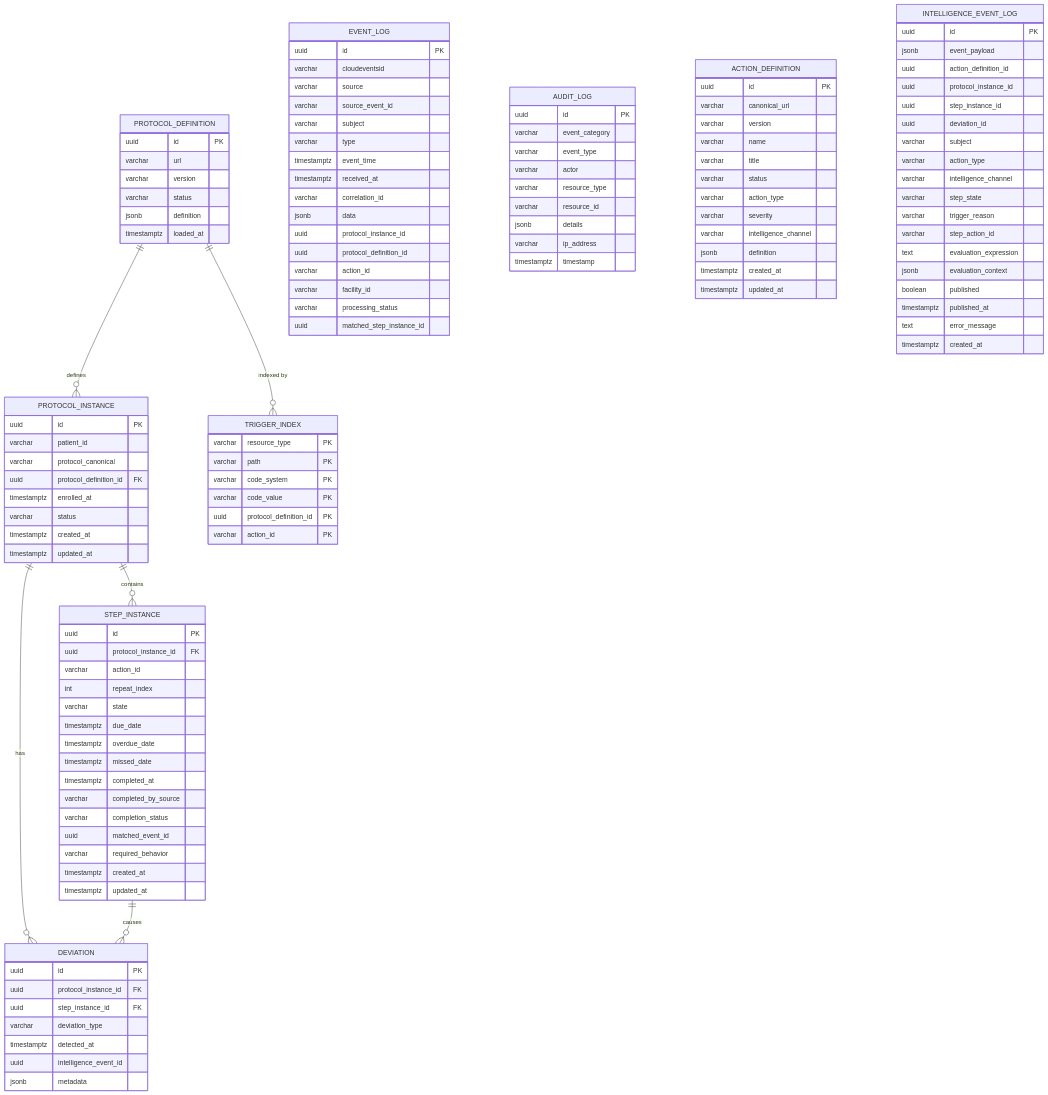
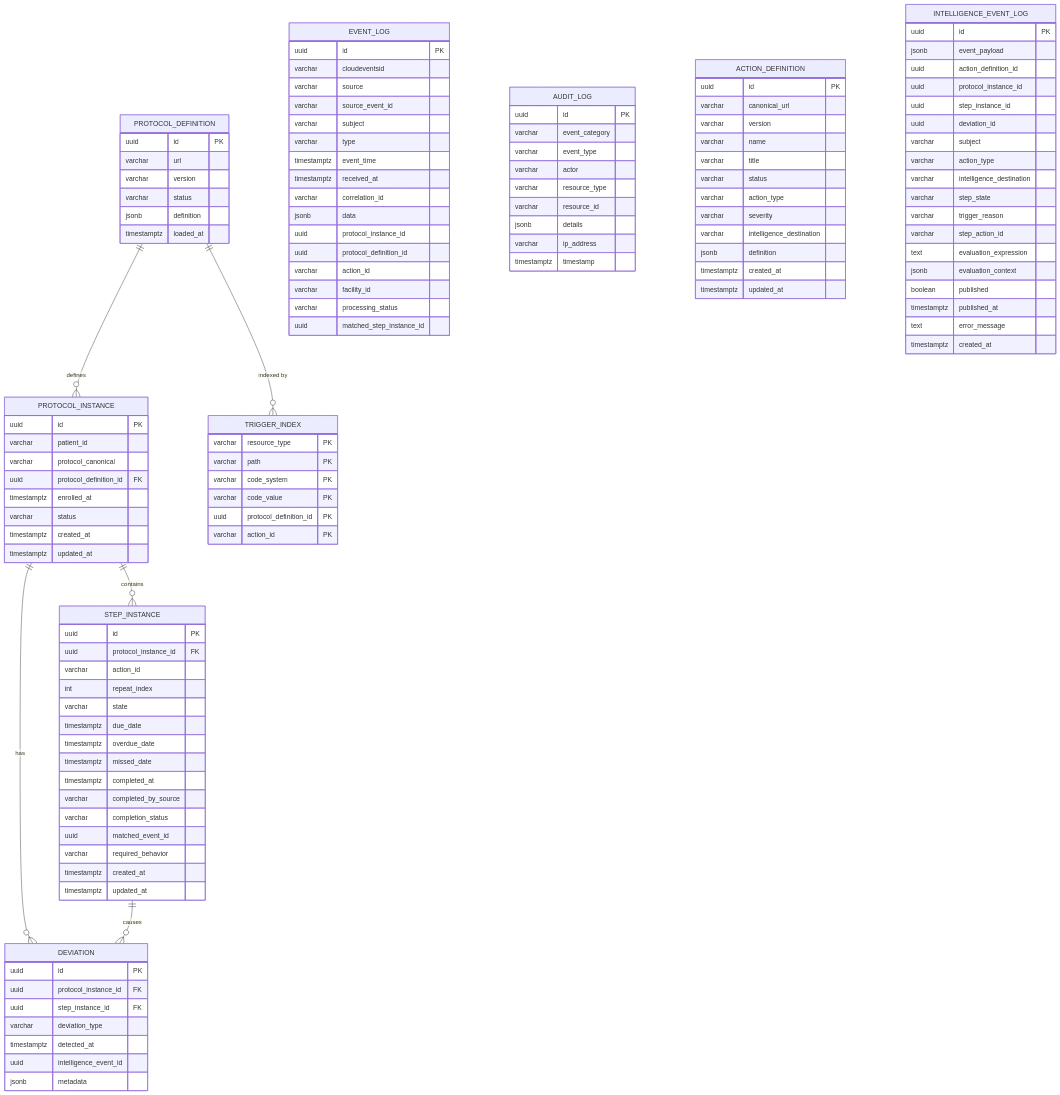
Before and after one commit to Jayaprakash8887/cce-compliance-service: the diagram in docs/data-dictionary.md, drawn with Mermaid. The commit also changed other lines of this file and 27 other files, not shown here.

First line of the commit message:
refactor: rename intelligenceChannel to intelligenceDestination

```diff
--- a/docs/data-dictionary.md
+++ b/docs/data-dictionary.md
@@ -132,7 +132,7 @@
         varchar status
         varchar action_type
         varchar severity
-        varchar intelligence_channel
+        varchar intelligence_destination
         jsonb definition
         timestamptz created_at
         timestamptz updated_at
@@ -147,7 +147,7 @@
         uuid deviation_id
         varchar subject
         varchar action_type
-        varchar intelligence_channel
+        varchar intelligence_destination
         varchar step_state
         varchar trigger_reason
         varchar step_action_id
```
